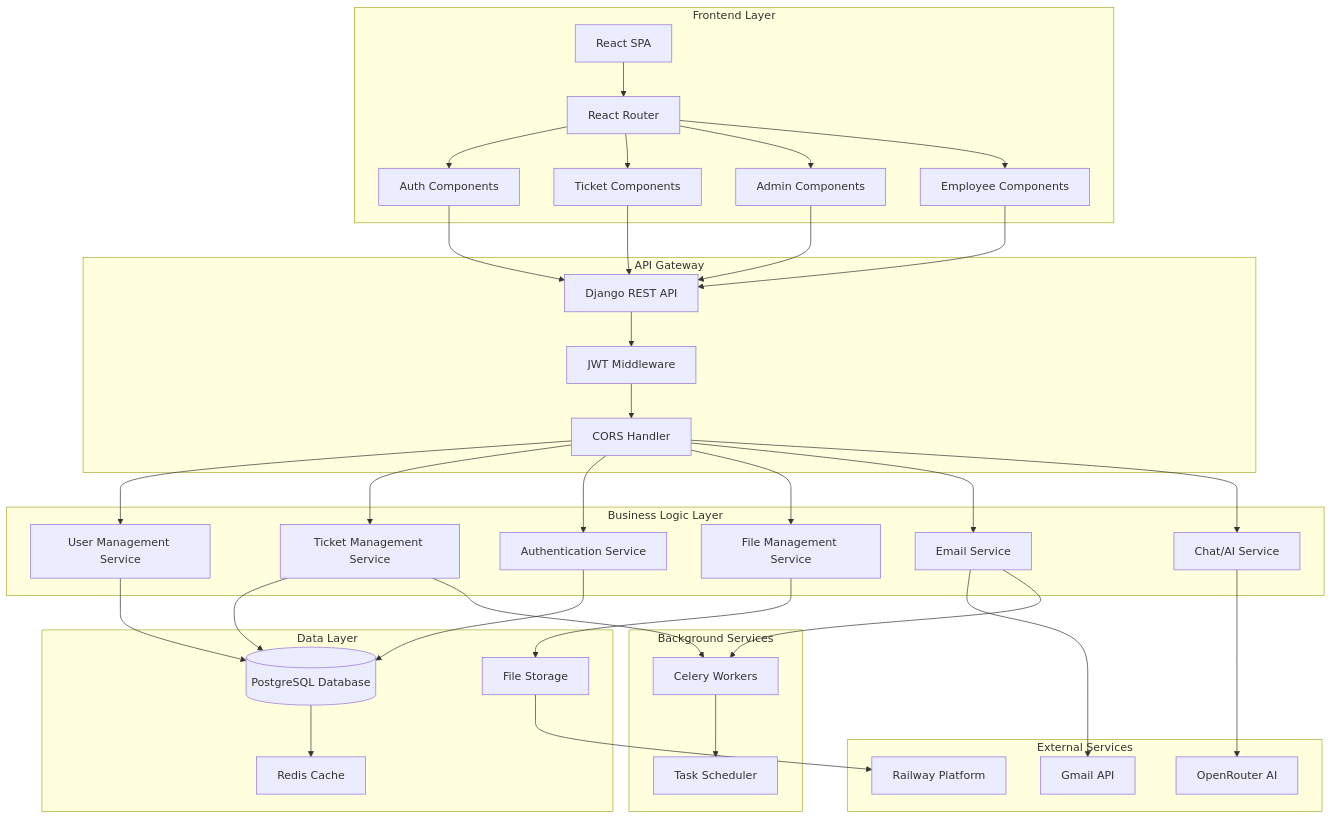
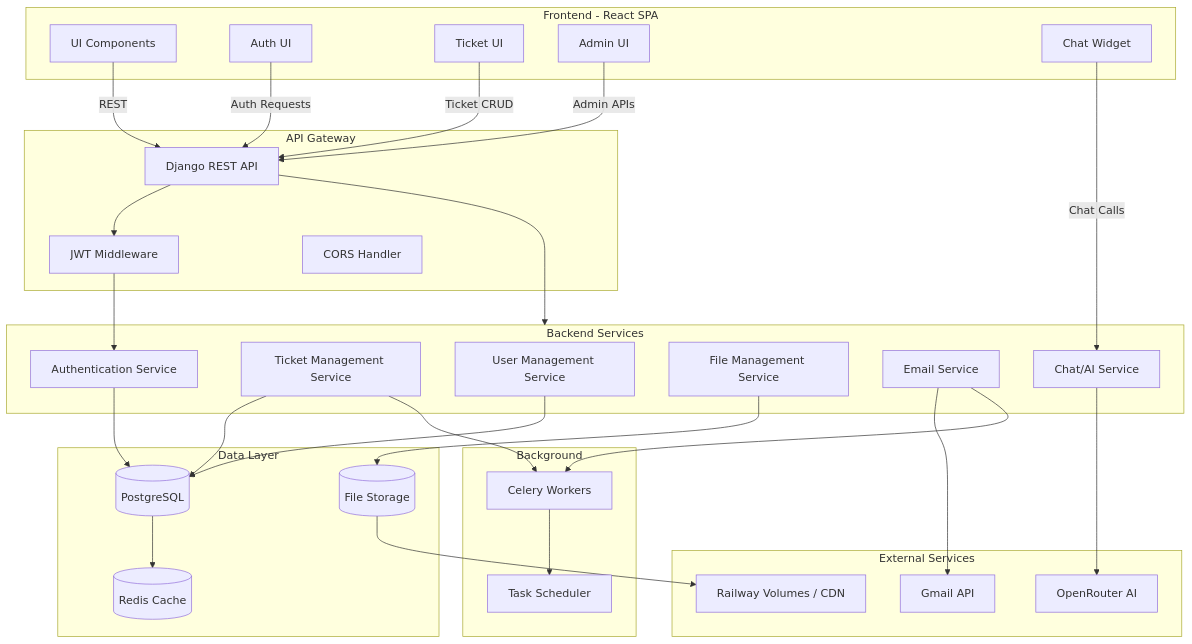
One commit to seyxhel/Group5Capstone1 changed the diagram in PART_4_4_APPLICATION_ARCHITECTURE.md. Above: the diagram before and after it, drawn with Mermaid. The commit also changed other lines of this file and 7 other files, not shown here.

````diff
--- a/PART_4_4_APPLICATION_ARCHITECTURE.md
+++ b/PART_4_4_APPLICATION_ARCHITECTURE.md
@@ -13,77 +27,66 @@
 ```mermaid
-graph TB
-    subgraph "Frontend Layer"
-        UI[React SPA]
-        Routes[React Router]
-        Auth[Auth Components]
-        Ticket[Ticket Components]
-        Admin[Admin Components]
-        Employee[Employee Components]
+flowchart TB
+    subgraph Frontend[Frontend - React SPA]
+        UI[UI Components]
+        AuthComp[Auth UI]
+        TicketComp[Ticket UI]
+        AdminComp[Admin UI]
+        ChatWidget[Chat Widget]
     end
-    
-    subgraph "API Gateway"
+
+    subgraph Gateway[API Gateway]
         API[Django REST API]
         JWT[JWT Middleware]
         CORS[CORS Handler]
     end
-    
-    subgraph "Business Logic Layer"
+
+    subgraph BizLogic[Backend Services]
         UserSvc[User Management Service]
         TicketSvc[Ticket Management Service]
         AuthSvc[Authentication Service]
         FileSvc[File Management Service]
         EmailSvc[Email Service]
         ChatSvc[Chat/AI Service]
     end
-    
-    subgraph "Data Layer"
-        DB[(PostgreSQL Database)]
-        Files[File Storage]
-        Cache[Redis Cache]
+
+    subgraph DataLayer[Data Layer]
+        DB[(PostgreSQL)]
+        FileStore[(File Storage)]
+        Cache[(Redis Cache)]
     end
-    
-    subgraph "External Services"
+
+    subgraph External[External Services]
         Gmail[Gmail API]
         OpenRouter[OpenRouter AI]
-        Railway[Railway Platform]
+        CloudStorage[Railway Volumes / CDN]
     end
-    
-    subgraph "Background Services"
+
+    subgraph Background[Background]
         Celery[Celery Workers]
         Scheduler[Task Scheduler]
     end
-    
-    UI --> Routes
-    Routes --> Auth
-    Routes --> Ticket
-    Routes --> Admin
-    Routes --> Employee
-    
-    Auth --> API
-    Ticket --> API
-    Admin --> API
-    Employee --> API
-    
+
+    UI -->|REST| API
+    AuthComp -->|Auth Requests| API
+    TicketComp -->|Ticket CRUD| API
+    AdminComp -->|Admin APIs| API
+    ChatWidget -->|Chat Calls| ChatSvc
+
     API --> JWT
-    JWT --> CORS
-    CORS --> UserSvc
-    CORS --> TicketSvc
-    CORS --> AuthSvc
-    CORS --> FileSvc
-    CORS --> EmailSvc
-    CORS --> ChatSvc
-    
+    JWT --> AuthSvc
+    API --> BizLogic
+
     UserSvc --> DB
     TicketSvc --> DB
     AuthSvc --> DB
-    FileSvc --> Files
+    FileSvc --> FileStore
     EmailSvc --> Gmail
     ChatSvc --> OpenRouter
-    
+
     TicketSvc --> Celery
     EmailSvc --> Celery
     Celery --> Scheduler
-    
+
     DB --> Cache
-    Files --> Railway
+    FileStore --> CloudStorage
 ```
````
